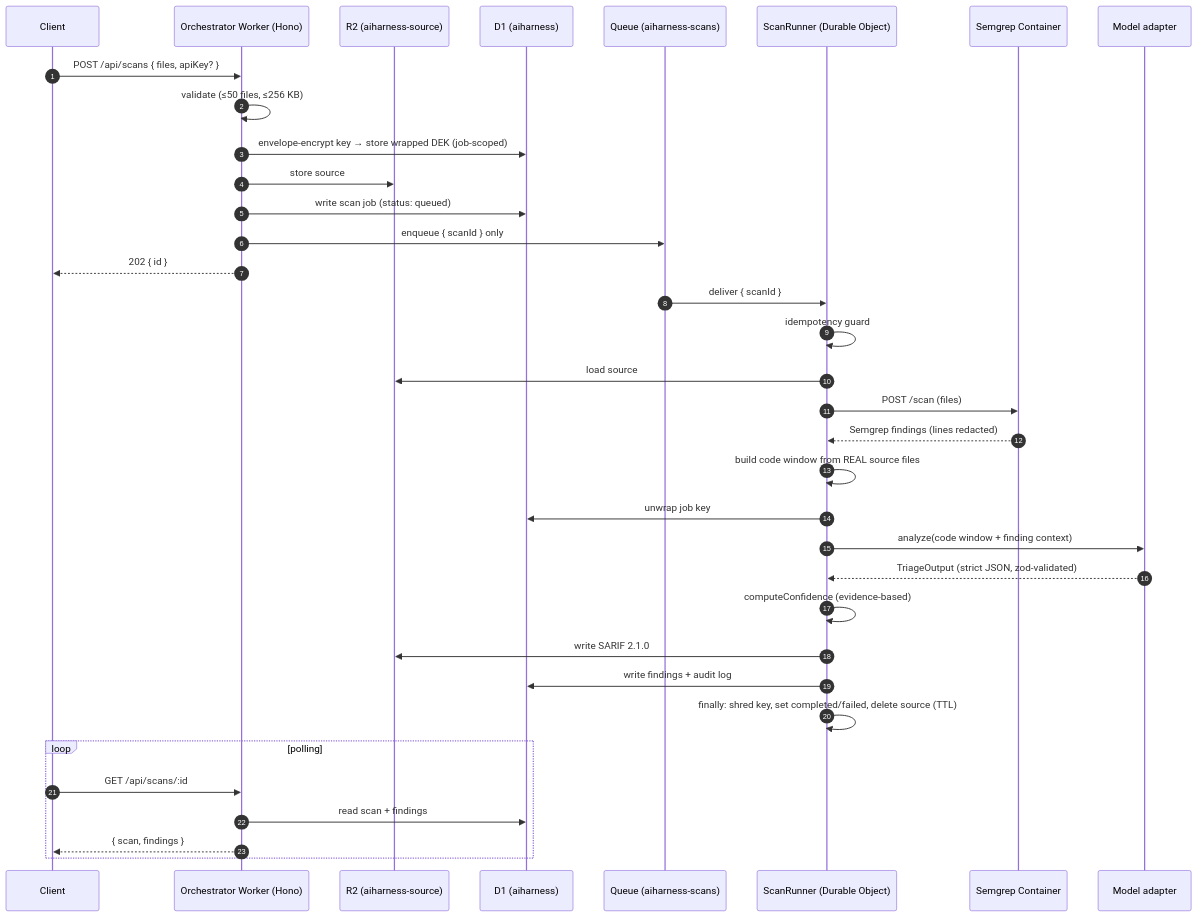
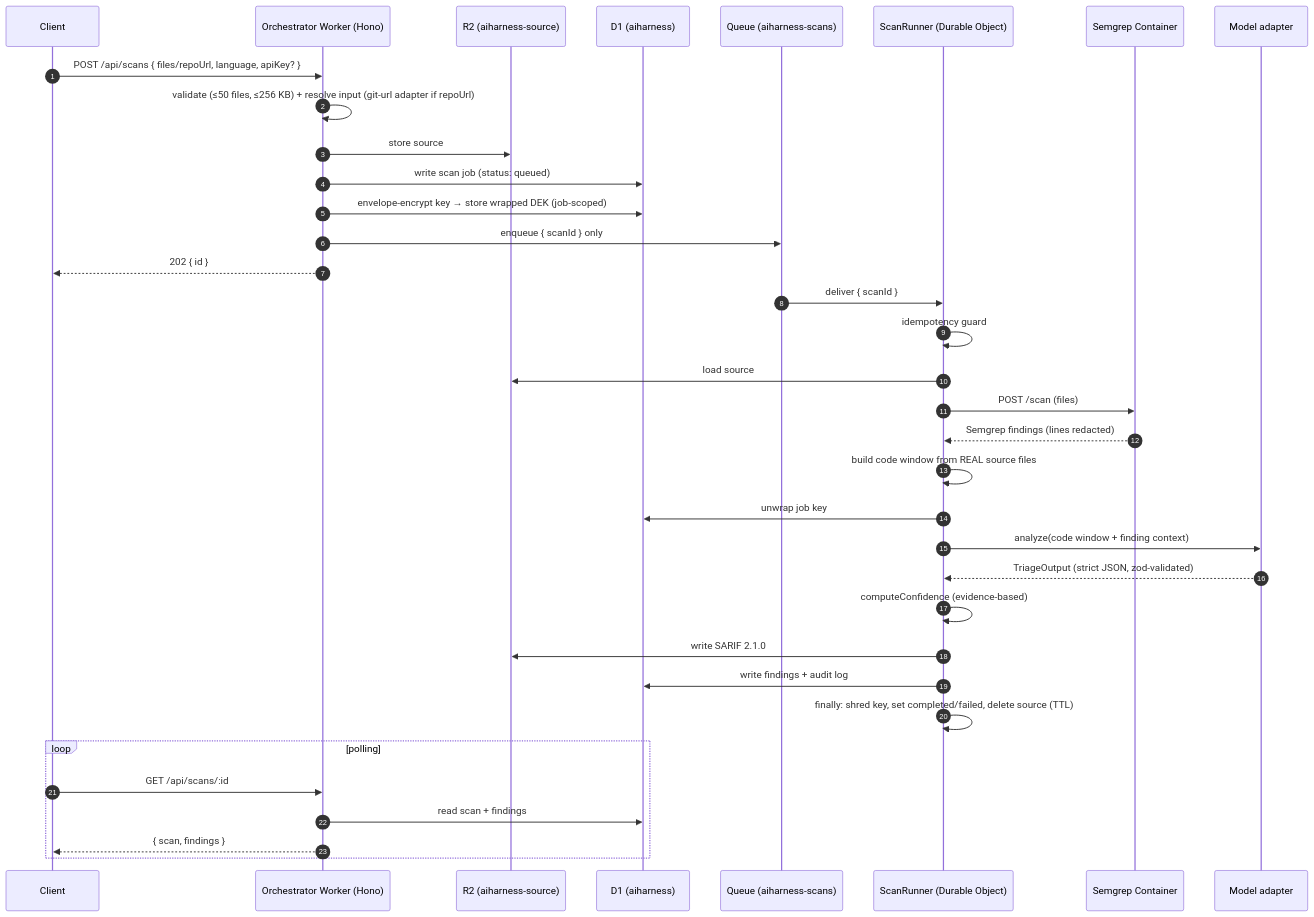
Before and after one commit to burademirung/aiharness: the second of 2 diagrams in ARCHITECTURE.md, drawn with Mermaid. The commit also changed other lines of this file and 4 other files, not shown here.

````diff
--- a/ARCHITECTURE.md
+++ b/ARCHITECTURE.md
@@ -26,40 +26,40 @@
 ```mermaid
 sequenceDiagram
     autonumber
     participant Client
     participant Worker as Orchestrator Worker (Hono)
     participant R2 as R2 (aiharness-source)
     participant D1 as D1 (aiharness)
     participant Queue as Queue (aiharness-scans)
     participant Runner as ScanRunner (Durable Object)
     participant Container as Semgrep Container
     participant Model as Model adapter
 
-    Client->>Worker: POST /api/scans { files, apiKey? }
-    Worker->>Worker: validate (≤50 files, ≤256 KB)
-    Worker->>D1: envelope-encrypt key → store wrapped DEK (job-scoped)
+    Client->>Worker: POST /api/scans { files/repoUrl, language, apiKey? }
+    Worker->>Worker: validate (≤50 files, ≤256 KB) + resolve input (git-url adapter if repoUrl)
     Worker->>R2: store source
     Worker->>D1: write scan job (status: queued)
+    Worker->>D1: envelope-encrypt key → store wrapped DEK (job-scoped)
     Worker->>Queue: enqueue { scanId } only
     Worker-->>Client: 202 { id }
 
     Queue->>Runner: deliver { scanId }
     Runner->>Runner: idempotency guard
     Runner->>R2: load source
     Runner->>Container: POST /scan (files)
     Container-->>Runner: Semgrep findings (lines redacted)
     Runner->>Runner: build code window from REAL source files
     Runner->>D1: unwrap job key
     Runner->>Model: analyze(code window + finding context)
     Model-->>Runner: TriageOutput (strict JSON, zod-validated)
     Runner->>Runner: computeConfidence (evidence-based)
     Runner->>R2: write SARIF 2.1.0
     Runner->>D1: write findings + audit log
     Runner->>Runner: finally: shred key, set completed/failed, delete source (TTL)
 
     loop polling
         Client->>Worker: GET /api/scans/:id
         Worker->>D1: read scan + findings
         Worker-->>Client: { scan, findings }
     end
 ```
````
